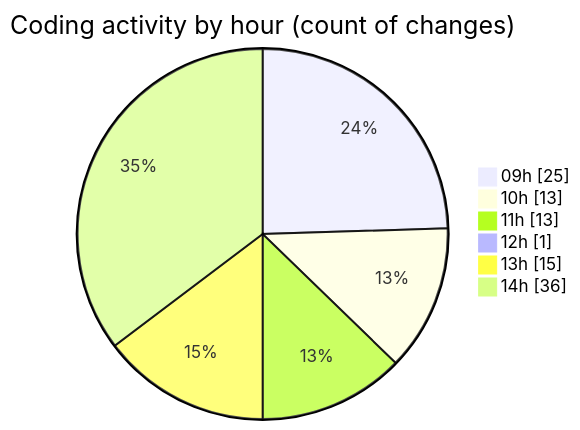
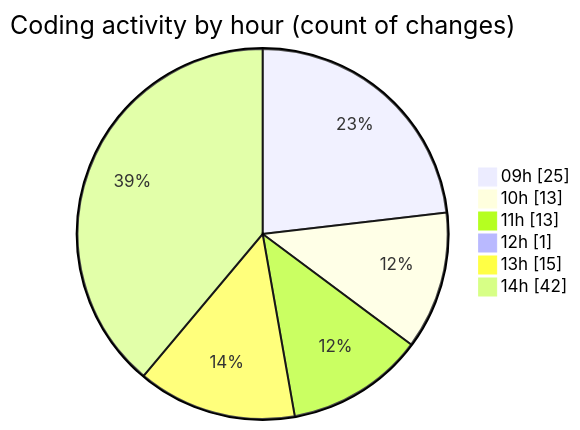
One commit to momahboobian/code-tracking changed the second of 2 diagrams in 2025-05-07/cda/README.md. Above: the diagram before and after it, drawn with Mermaid. The commit also changed other lines of this file and 1 other file, not shown here.

````diff
--- a/2025-05-07/cda/README.md
+++ b/2025-05-07/cda/README.md
@@ -90,10 +92,10 @@
 ```mermaid
 pie showData
 title Coding activity by hour (count of changes)
 "09h" : 25
 "10h" : 13
 "11h" : 13
 "12h" : 1
 "13h" : 15
-"14h" : 36
+"14h" : 42
 ```
````
